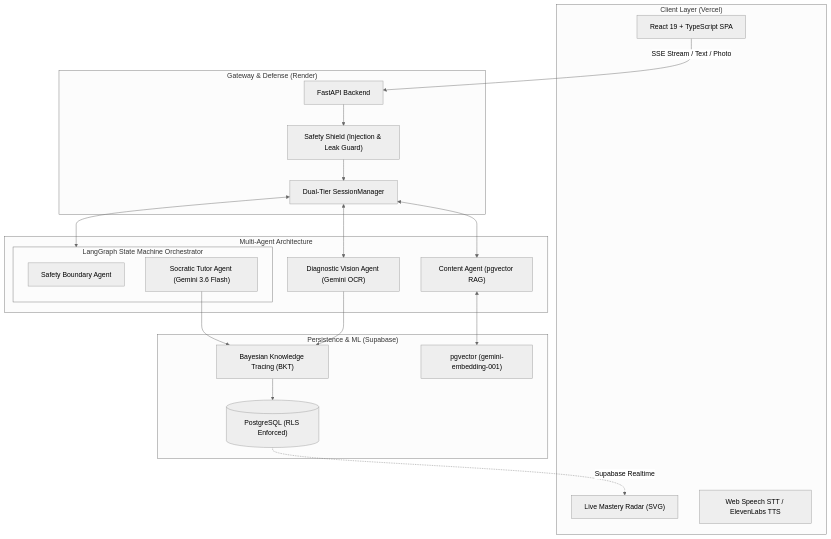
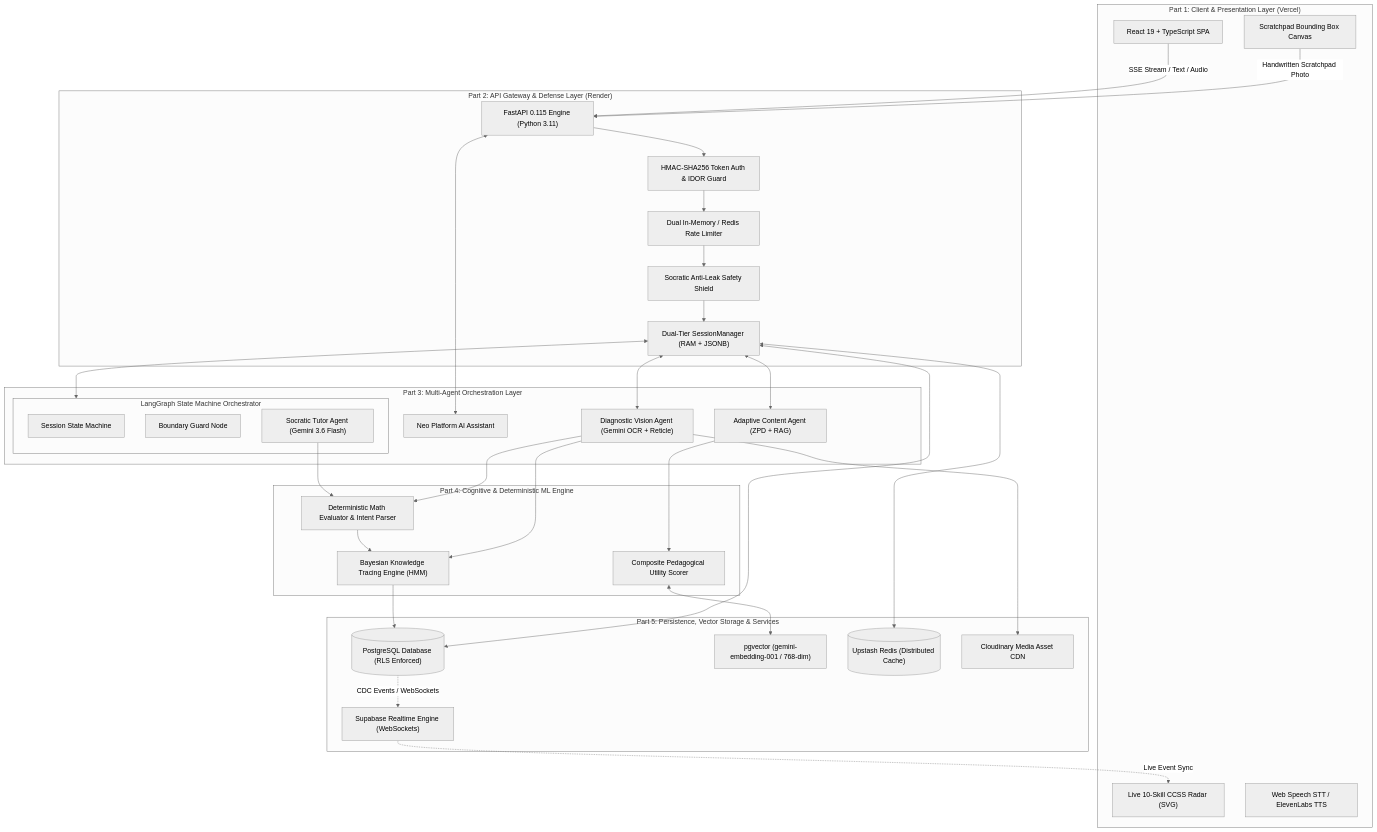
The diagram in README.md (Susil-commits/Veritas), drawn with Mermaid (neutral theme) before and after one commit. The commit also changed other lines of this file, not shown here.

Commit message:
docs: redesign README with comprehensive problem-solution breakdown, architecture breakdown, quantitative ML metrics, dataset provenance, test proof, and services rationale

````diff
--- a/README.md
+++ b/README.md
@@ -31,40 +114,69 @@
 ```mermaid
 flowchart TD
-    subgraph Client ["Client Layer (Vercel)"]
+    subgraph Client ["Part 1: Client & Presentation Layer (Vercel)"]
         UI["React 19 + TypeScript SPA"]
-        Radar["Live Mastery Radar (SVG)"]
-        STT["Web Speech STT / ElevenLabs TTS"]
+        Radar["Live 10-Skill CCSS Radar (SVG)"]
+        Voice["Web Speech STT / ElevenLabs TTS"]
+        Canvas["Scratchpad Bounding Box Canvas"]
     end
 
-    subgraph API ["Gateway & Defense (Render)"]
-        FastAPI["FastAPI Backend"]
-        Guard["Safety Shield (Injection & Leak Guard)"]
-        SessMgr["Dual-Tier SessionManager"]
+    subgraph API ["Part 2: API Gateway & Defense Layer (Render)"]
+        FastAPI["FastAPI 0.115 Engine (Python 3.11)"]
+        Auth["HMAC-SHA256 Token Auth & IDOR Guard"]
+        RateLimit["Dual In-Memory / Redis Rate Limiter"]
+        Safety["Socratic Anti-Leak Safety Shield"]
+        SessMgr["Dual-Tier SessionManager (RAM + JSONB)"]
     end
 
-    subgraph Agents ["Multi-Agent Architecture"]
-        subgraph Orchestrator ["LangGraph State Machine Orchestrator"]
-            SafetyAgent["Safety Boundary Agent"]
-            TutorAgent["Socratic Tutor Agent (Gemini 3.6 Flash)"]
+    subgraph Orchestrator ["Part 3: Multi-Agent Orchestration Layer"]
+        subgraph LangGraphSM ["LangGraph State Machine Orchestrator"]
+            StateNode["Session State Machine"]
+            SafetyNode["Boundary Guard Node"]
+            TutorNode["Socratic Tutor Agent (Gemini 3.6 Flash)"]
         end
-        DiagAgent["Diagnostic Vision Agent (Gemini OCR)"]
-        ContentAgent["Content Agent (pgvector RAG)"]
+        VisionAgent["Diagnostic Vision Agent (Gemini OCR + Reticle)"]
+        ContentAgent["Adaptive Content Agent (ZPD + RAG)"]
+        NeoAgent["Neo Platform AI Assistant"]
     end
 
-    subgraph Data ["Persistence & ML (Supabase)"]
-        BKT["Bayesian Knowledge Tracing (BKT)"]
-        PgVector["pgvector (gemini-embedding-001)"]
-        DB[("PostgreSQL (RLS Enforced)")]
+    subgraph ML ["Part 4: Cognitive & Deterministic ML Engine"]
+        BKT["Bayesian Knowledge Tracing Engine (HMM)"]
+        MathEval["Deterministic Math Evaluator & Intent Parser"]
+        UtilityFunc["Composite Pedagogical Utility Scorer"]
     end
 
-    UI -->|SSE Stream / Text / Photo| FastAPI
-    FastAPI --> Guard --> SessMgr
-    SessMgr <--> Orchestrator
-    SessMgr <--> DiagAgent
+    subgraph Persistence ["Part 5: Persistence, Vector Storage & Services"]
+        SupabaseDB[("PostgreSQL Database (RLS Enforced)")]
+        PgVector["pgvector (gemini-embedding-001 / 768-dim)"]
+        Realtime["Supabase Realtime Engine (WebSockets)"]
+        RedisCache[("Upstash Redis (Distributed Cache)")]
+        CloudinaryCDN["Cloudinary Media Asset CDN"]
+    end
+
+    %% Client Interactions
+    UI -->|SSE Stream / Text / Audio| FastAPI
+    Canvas -->|Handwritten Scratchpad Photo| FastAPI
+    FastAPI --> Auth --> RateLimit --> Safety --> SessMgr
+
+    %% Agent Routing
+    SessMgr <--> LangGraphSM
+    SessMgr <--> VisionAgent
     SessMgr <--> ContentAgent
-    TutorAgent --> BKT
-    DiagAgent --> BKT
-    BKT --> DB
-    ContentAgent <--> PgVector
-    DB -.->|Supabase Realtime| Radar
+    FastAPI <--> NeoAgent
+
+    %% Deterministic & Cognitive Engine
+    TutorNode --> MathEval
+    MathEval --> BKT
+    VisionAgent --> MathEval
+    VisionAgent --> BKT
+    ContentAgent --> UtilityFunc
+    UtilityFunc <--> PgVector
+
+    %% Storage & Persistence
+    BKT --> SupabaseDB
+    SessMgr <--> SupabaseDB
+    SessMgr <--> RedisCache
+    VisionAgent --> CloudinaryCDN
+    SupabaseDB -.->|CDC Events / WebSockets| Realtime
+    Realtime -.->|Live Event Sync| Radar
 ```
````
